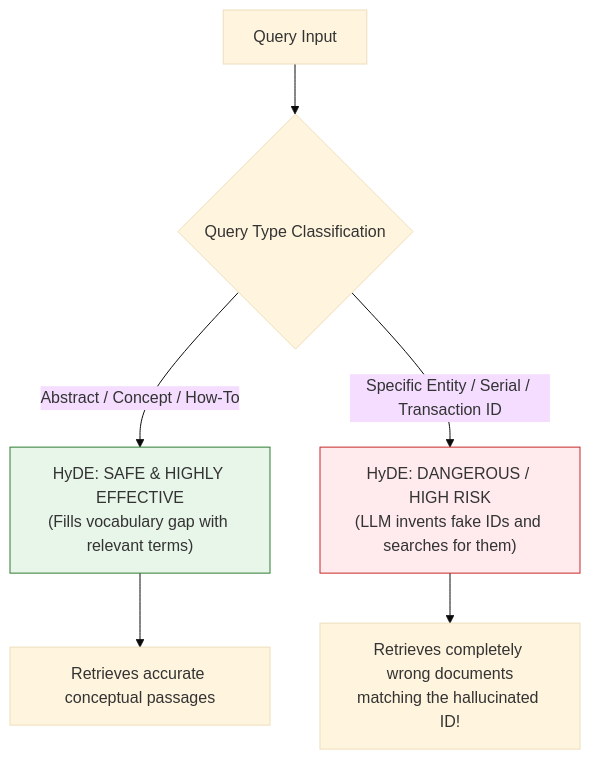
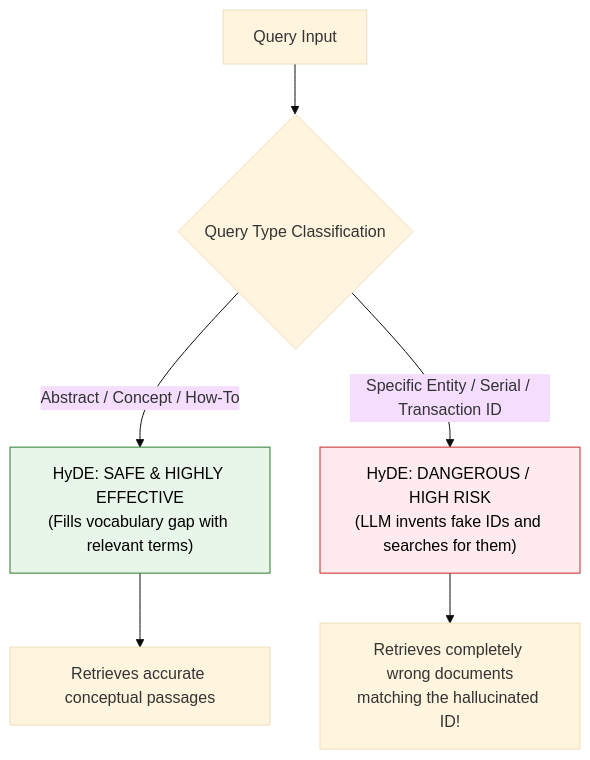
The third of 4 diagrams in 06-Advanced-RAG/HyDE.md (swapnil3104/RAG-Engineering), drawn with Mermaid (base theme) before and after one commit. The commit also changed other lines of this file and 108 other files, not shown here.

Commit message:
fix: make chart text visible across all Mermaid diagrams and resolve markdown table formatting issues

````diff
--- a/06-Advanced-RAG/HyDE.md
+++ b/06-Advanced-RAG/HyDE.md
@@ -169,13 +169,13 @@
 ```mermaid
 flowchart TD
     UserQ["Query Input"] --> Decider{"Query Type Classification"}
     
     Decider -->|Abstract / Concept / How-To| SafePath["HyDE: SAFE & HIGHLY EFFECTIVE<br/>(Fills vocabulary gap with relevant terms)"]
     Decider -->|Specific Entity / Serial / Transaction ID| TrapPath["HyDE: DANGEROUS / HIGH RISK<br/>(LLM invents fake IDs and searches for them)"]
     
     TrapPath --> Miss["Retrieves completely wrong documents<br/>matching the hallucinated ID!"]
     SafePath --> Hit["Retrieves accurate conceptual passages"]
 
-    style SafePath fill:#e8f5e9,stroke:#2e7d32,stroke-width:1px
-    style TrapPath fill:#ffebee,stroke:#c62828,stroke-width:1px
+    style SafePath fill:#e8f5e9,stroke:#2e7d32,stroke-width:1px,color:#000000
+    style TrapPath fill:#ffebee,stroke:#c62828,stroke-width:1px,color:#000000
 ```
````
